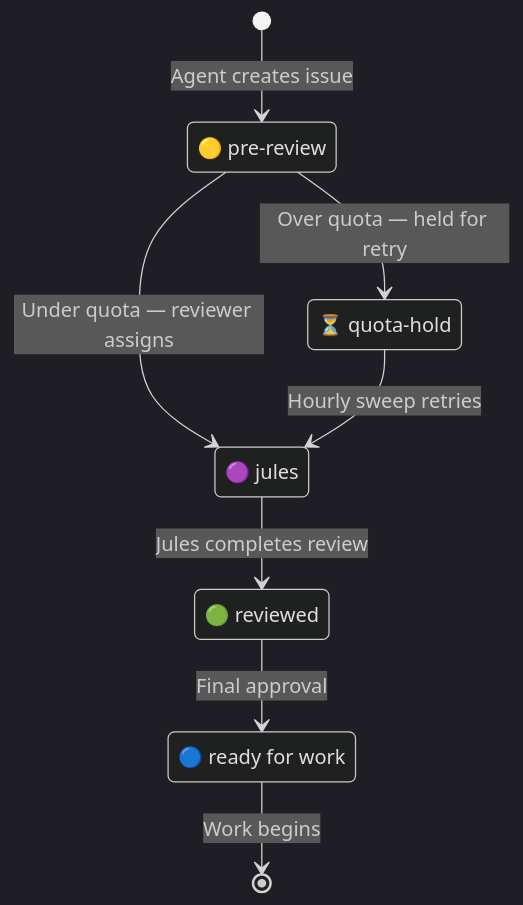
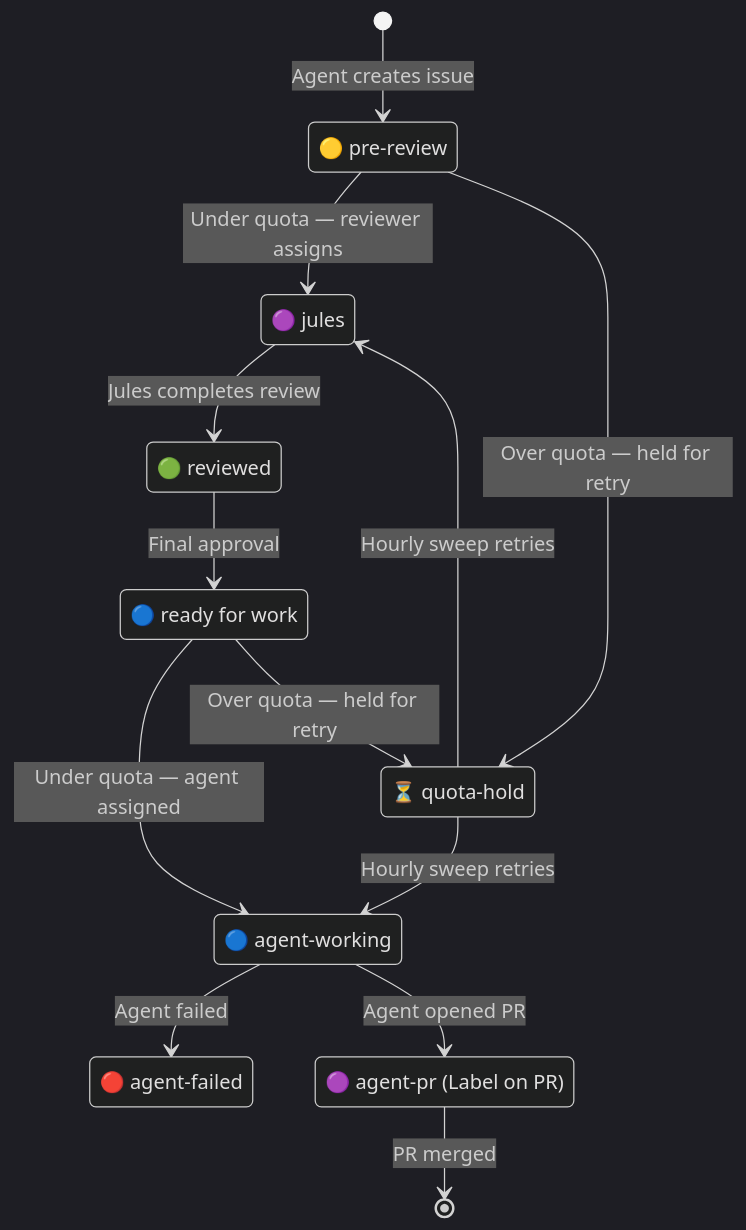
One commit to LokiMetaSmith/keystone-polyphony changed the seventh of 7 diagrams in docs/ci-cd.md. Above: the diagram before and after it, drawn with Mermaid (dark theme). The commit also changed other lines of this file and 3 other files, not shown here.

````diff
--- a/docs/ci-cd.md
+++ b/docs/ci-cd.md
@@ -110,16 +128,24 @@
 ```mermaid
 stateDiagram-v2
     [*] --> pre_review : Agent creates issue
     pre_review --> jules : Under quota — reviewer assigns
     pre_review --> quota_hold : Over quota — held for retry
     quota_hold --> jules : Hourly sweep retries
     jules --> reviewed : Jules completes review
     reviewed --> ready_for_work : Final approval
-    ready_for_work --> [*] : Work begins
+    ready_for_work --> agent_working : Under quota — agent assigned
+    ready_for_work --> quota_hold : Over quota — held for retry
+    quota_hold --> agent_working : Hourly sweep retries
+    agent_working --> agent_failed : Agent failed
+    agent_working --> agent_pr : Agent opened PR
+    agent_pr --> [*] : PR merged
 
     pre_review : 🟡 pre-review
     quota_hold : ⏳ quota-hold
     jules : 🟣 jules
     reviewed : 🟢 reviewed
     ready_for_work : 🔵 ready for work
+    agent_working : 🔵 agent-working
+    agent_failed : 🔴 agent-failed
+    agent_pr : 🟣 agent-pr (Label on PR)
 ```
````
